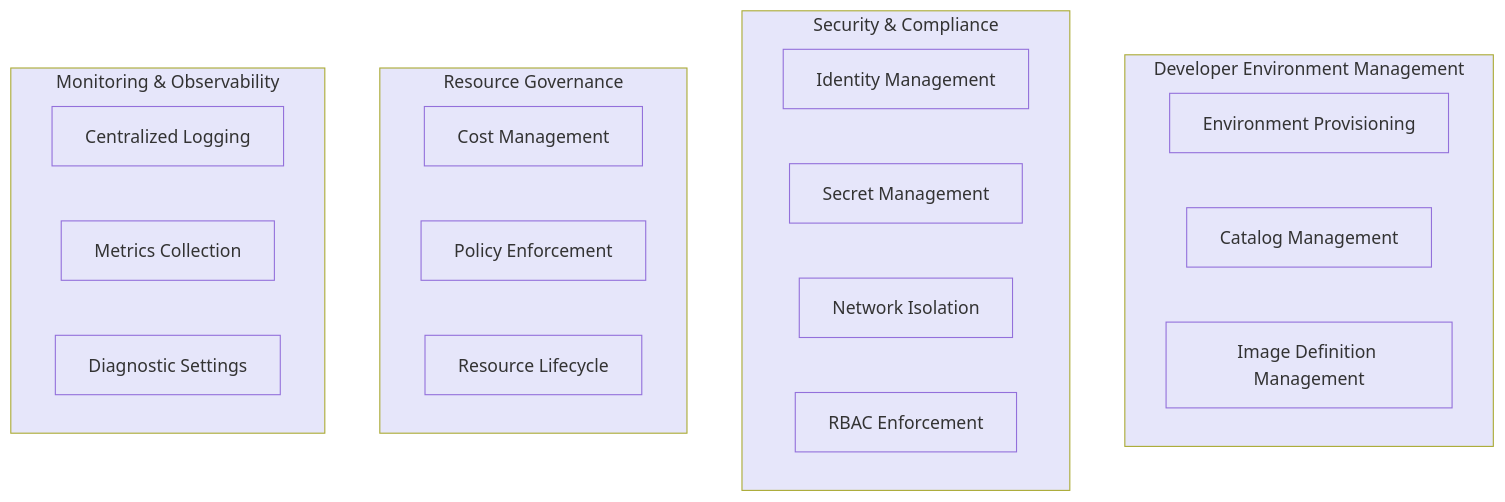
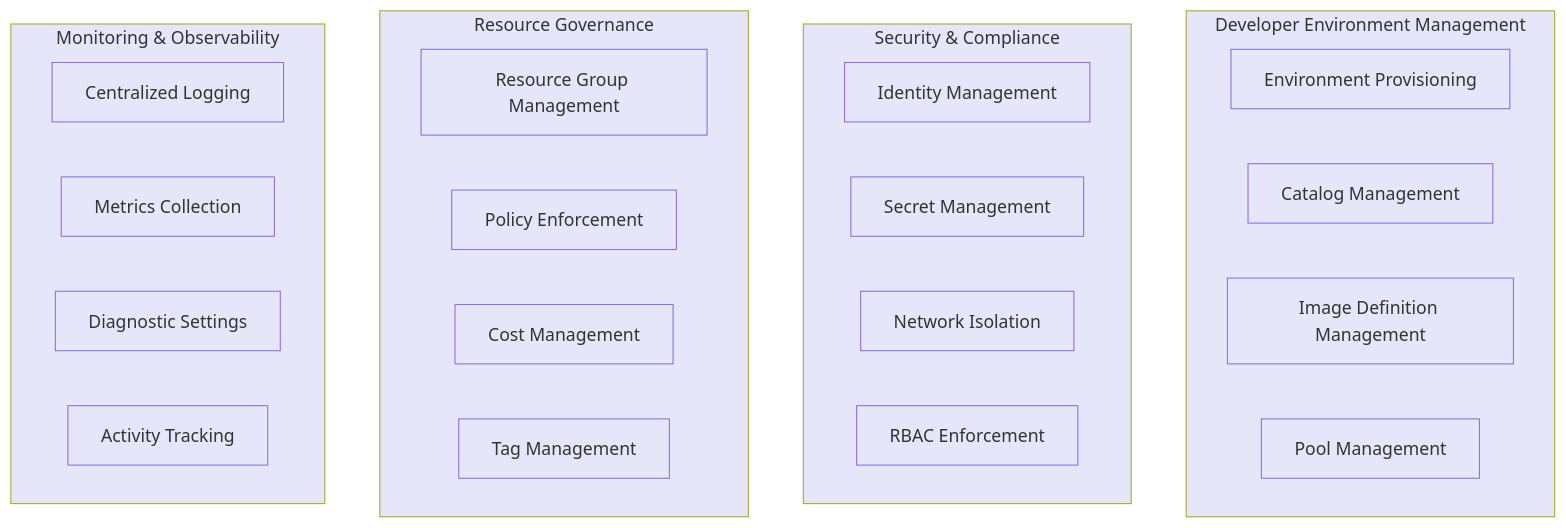
The first of 6 diagrams in README.md (Evilazaro/DevExp-DevBox), drawn with Mermaid before and after one commit. The commit also changed other lines of this file, not shown here.

````diff
--- a/README.md
+++ b/README.md
@@ -49,45 +64,51 @@
 ```mermaid
 flowchart TB
     subgraph DevEnv[Developer Environment Management]
         DE1[Environment Provisioning]
         DE2[Catalog Management]
         DE3[Image Definition Management]
+        DE4[Pool Management]
     end
     
     subgraph SecComp[Security & Compliance]
         SC1[Identity Management]
         SC2[Secret Management]
         SC3[Network Isolation]
         SC4[RBAC Enforcement]
     end
     
     subgraph ResGov[Resource Governance]
-        RG1[Cost Management]
+        RG1[Resource Group Management]
         RG2[Policy Enforcement]
-        RG3[Resource Lifecycle]
+        RG3[Cost Management]
+        RG4[Tag Management]
     end
     
     subgraph MonObs[Monitoring & Observability]
         MO1[Centralized Logging]
         MO2[Metrics Collection]
         MO3[Diagnostic Settings]
+        MO4[Activity Tracking]
     end
     
     style DevEnv fill:#E6E6FA
     style SecComp fill:#E6E6FA
     style ResGov fill:#E6E6FA
     style MonObs fill:#E6E6FA
     style DE1 fill:#E6E6FA
     style DE2 fill:#E6E6FA
     style DE3 fill:#E6E6FA
+    style DE4 fill:#E6E6FA
     style SC1 fill:#E6E6FA
     style SC2 fill:#E6E6FA
     style SC3 fill:#E6E6FA
     style SC4 fill:#E6E6FA
     style RG1 fill:#E6E6FA
     style RG2 fill:#E6E6FA
     style RG3 fill:#E6E6FA
+    style RG4 fill:#E6E6FA
     style MO1 fill:#E6E6FA
     style MO2 fill:#E6E6FA
     style MO3 fill:#E6E6FA
+    style MO4 fill:#E6E6FA
 ```
````
